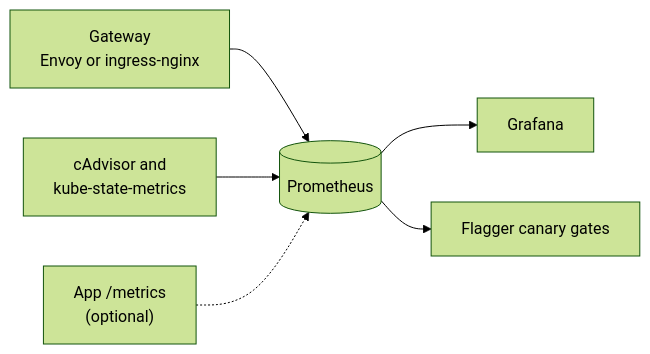
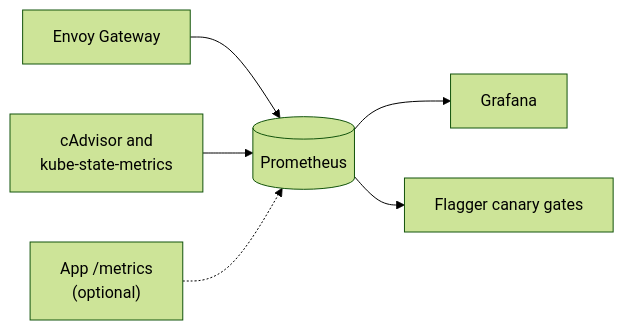
Before and after one commit to ImranAdan/infra-fleet-public: the diagram in docs/MONITORING-SETUP.md, drawn with Mermaid (forest theme). The commit also changed other lines of this file and 15 other files, not shown here.

````diff
--- a/docs/MONITORING-SETUP.md
+++ b/docs/MONITORING-SETUP.md
@@ -24,8 +24,8 @@
 ```mermaid
 flowchart LR
-    Gateway["Gateway<br/>Envoy or ingress-nginx"] --> Prometheus[("Prometheus")]
+    Gateway["Envoy Gateway"] --> Prometheus[("Prometheus")]
     Kubelet["cAdvisor and<br/>kube-state-metrics"] --> Prometheus
     App["App /metrics<br/>(optional)"] -.-> Prometheus
     Prometheus --> Grafana["Grafana"]
     Prometheus --> Flagger["Flagger canary gates"]
 ```
````
